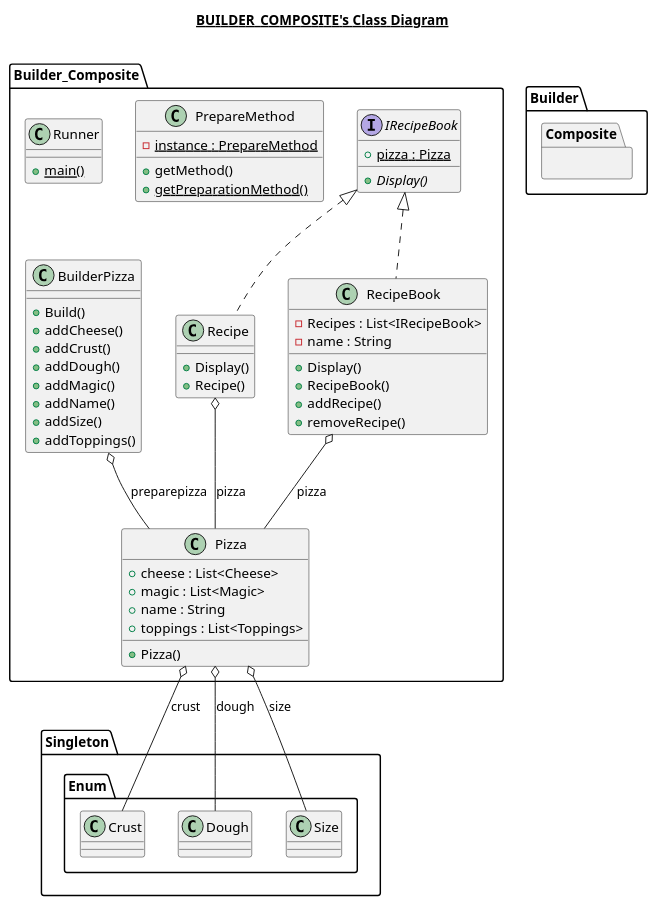
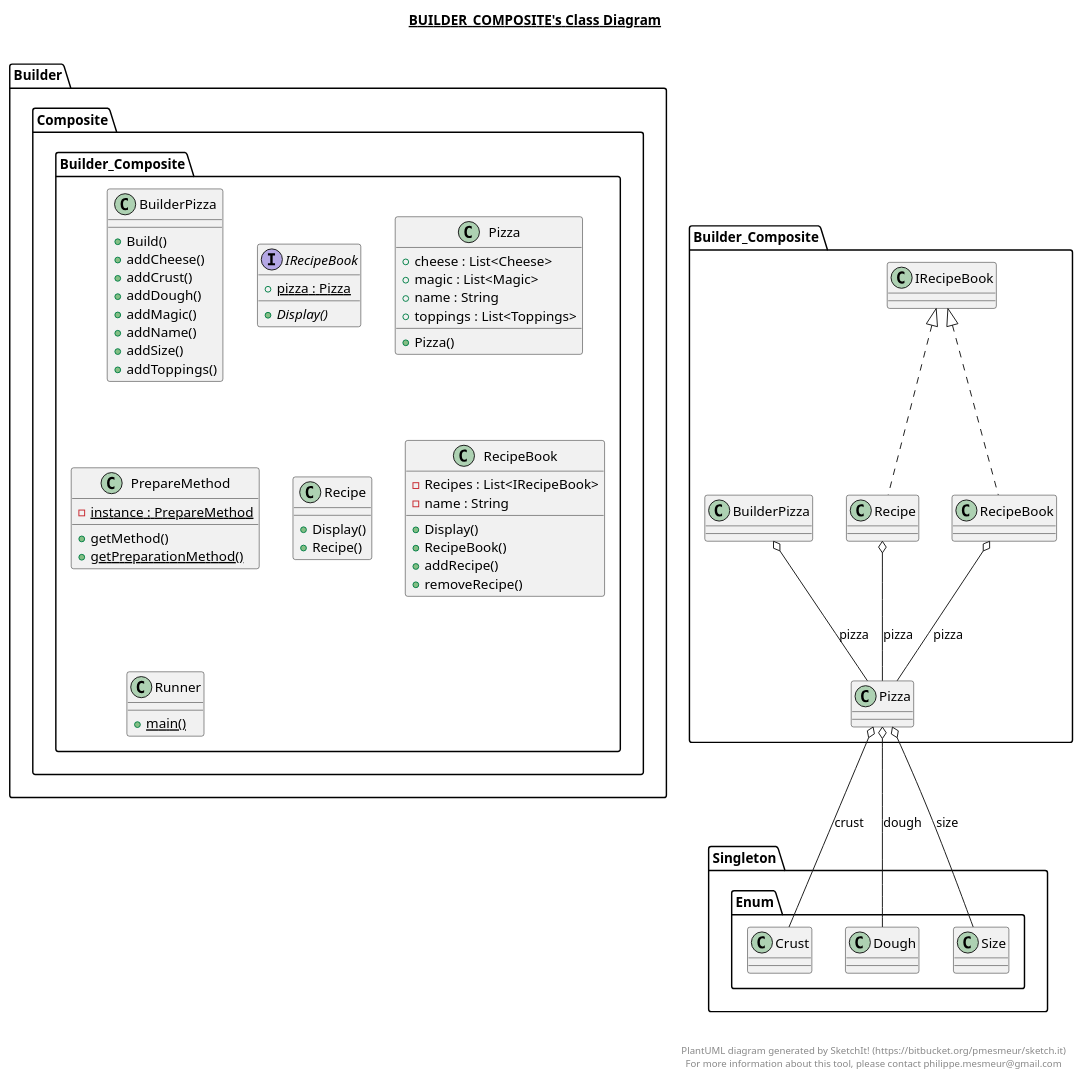
The diagram in out/production/Laborator/Builder_Composite/Builder_Composite.plantuml (CalanceaCatalina/TMPS), drawn with PlantUML before and after one commit. The commit also changed 21 other files, not shown here.

```diff
--- a/out/production/Laborator/Builder_Composite/Builder_Composite.plantuml
+++ b/out/production/Laborator/Builder_Composite/Builder_Composite.plantuml
@@ -1,97 +1,105 @@
 @startuml
 
 title __BUILDER_COMPOSITE's Class Diagram__\n
 
-
+  namespace Builder {
+    namespace Composite {
       class Builder_Composite.BuilderPizza {
           + Build()
           + addCheese()
           + addCrust()
           + addDough()
           + addMagic()
           + addName()
           + addSize()
           + addToppings()
       }
-
+    }
+  }
   
 
   namespace Builder {
     namespace Composite {
       interface Builder_Composite.IRecipeBook {
           {static} + pizza : Pizza
           {abstract} + Display()
       }
     }
   }
   
 
   namespace Builder {
     namespace Composite {
       class Builder_Composite.Pizza {
           + cheese : List<Cheese>
           + magic : List<Magic>
           + name : String
           + toppings : List<Toppings>
           + Pizza()
       }
     }
   }
   
 
   namespace Builder {
     namespace Composite {
       class Builder_Composite.PrepareMethod {
           {static} - instance : PrepareMethod
           + getMethod()
           {static} + getPreparationMethod()
       }
     }
   }
   
 
   namespace Builder {
     namespace Composite {
       class Builder_Composite.Recipe {
           + Display()
           + Recipe()
       }
     }
   }
   
 
   namespace Builder {
     namespace Composite {
       class Builder_Composite.RecipeBook {
           - Recipes : List<IRecipeBook>
           - name : String
           + Display()
           + RecipeBook()
           + addRecipe()
           + removeRecipe()
       }
     }
   }
   
 
   namespace Builder {
     namespace Composite {
       class Builder_Composite.Runner {
           {static} + main()
       }
     }
   }
   
 
-  Builder_Composite.BuilderPizza o-- Builder_Composite.Pizza : preparepizza
+  Builder_Composite.BuilderPizza o-- Builder_Composite.Pizza : pizza
   Builder_Composite.Pizza o-- Singleton.Enum.Crust : crust
   Builder_Composite.Pizza o-- Singleton.Enum.Dough : dough
   Builder_Composite.Pizza o-- Singleton.Enum.Size : size
   Builder_Composite.Recipe .up.|> Builder_Composite.IRecipeBook
   Builder_Composite.Recipe o-- Builder_Composite.Pizza : pizza
   Builder_Composite.RecipeBook .up.|> Builder_Composite.IRecipeBook
   Builder_Composite.RecipeBook o-- Builder_Composite.Pizza : pizza
 
 
+right footer
+
+
+PlantUML diagram generated by SketchIt! (https://bitbucket.org/pmesmeur/sketch.it)
+For more information about this tool, please contact philippe.mesmeur@gmail.com
+endfooter
 
 @enduml
```
